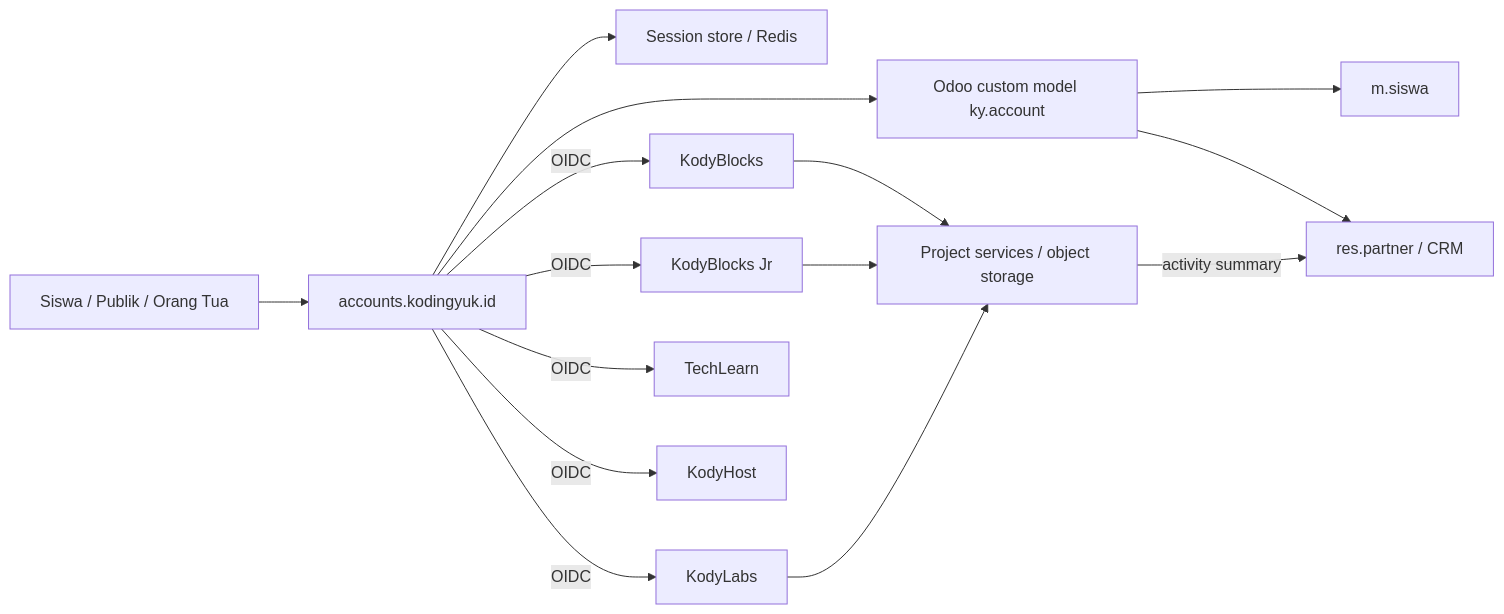
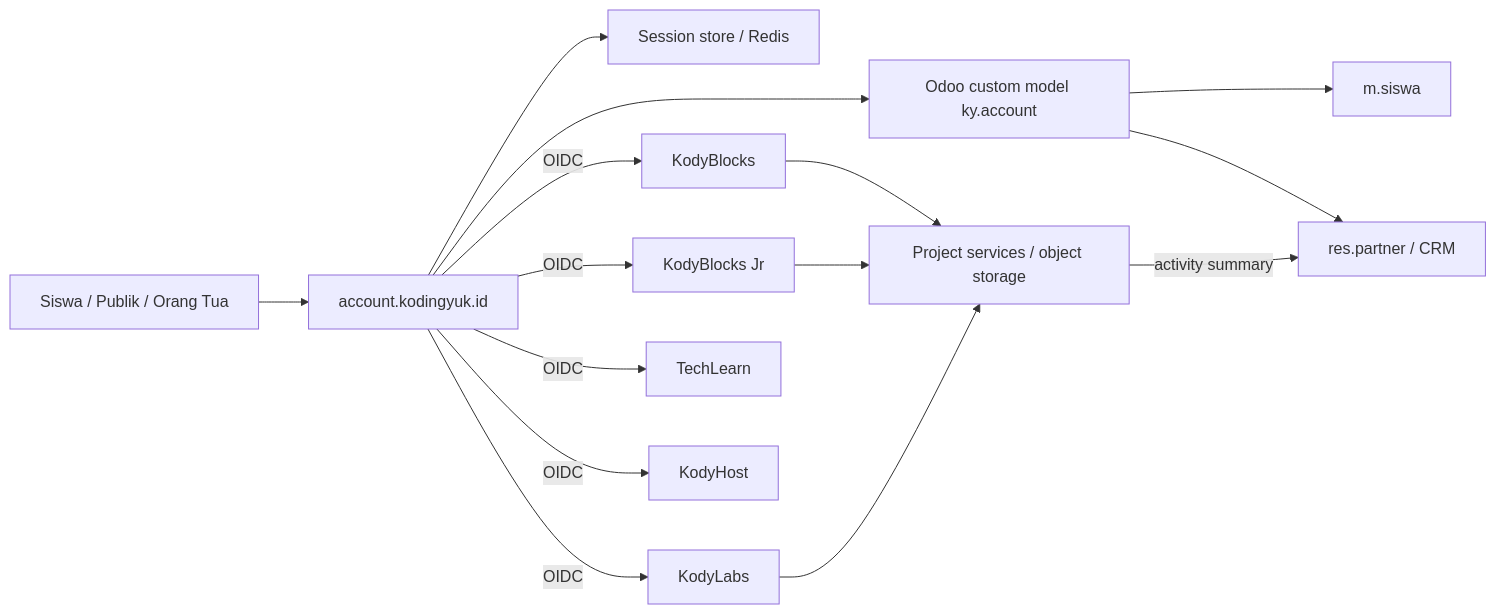
Before and after one commit to KodingYukDev/sso_odoo_it: the diagram in docs/PRD.md, drawn with Mermaid. The commit also changed other lines of this file and 5 other files, not shown here.

````diff
--- a/docs/PRD.md
+++ b/docs/PRD.md
@@ -310,19 +310,19 @@
 ```mermaid
 flowchart LR
-    U["Siswa / Publik / Orang Tua"] --> A["accounts.kodingyuk.id"]
+    U["Siswa / Publik / Orang Tua"] --> A["account.kodingyuk.id"]
     A --> AM["Odoo custom model ky.account"]
     AM --> ST["m.siswa"]
     AM --> RP["res.partner / CRM"]
     A --> SS["Session store / Redis"]
 
     A -->|"OIDC"| KB["KodyBlocks"]
     A -->|"OIDC"| KJ["KodyBlocks Jr"]
     A -->|"OIDC"| KL["KodyLabs"]
     A -->|"OIDC"| LMS["TechLearn"]
     A -->|"OIDC"| KH["KodyHost"]
 
     KB --> PS["Project services / object storage"]
     KJ --> PS
     KL --> PS
     PS -->|"activity summary"| RP
 ```
````
